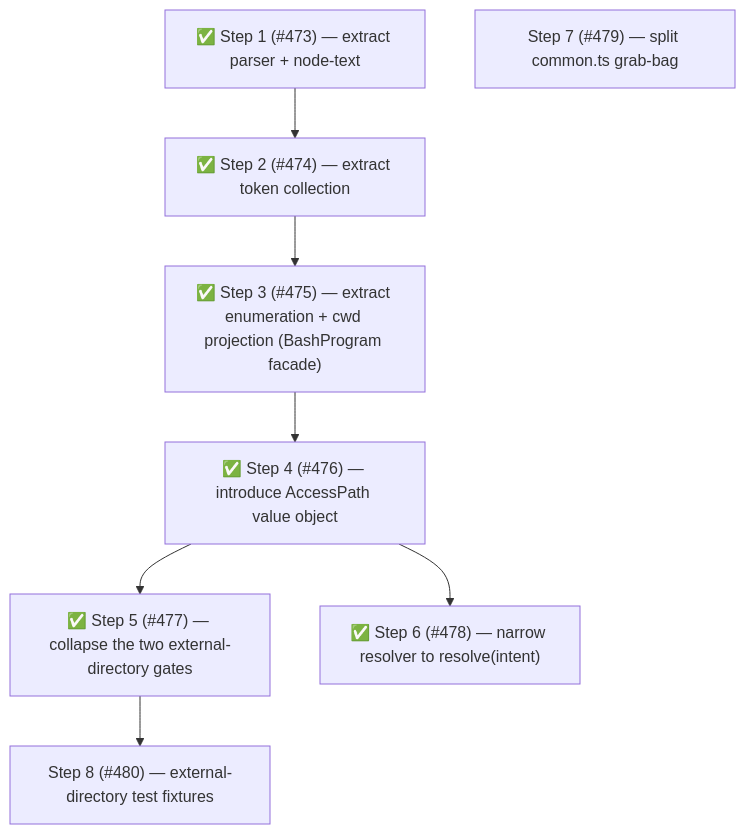
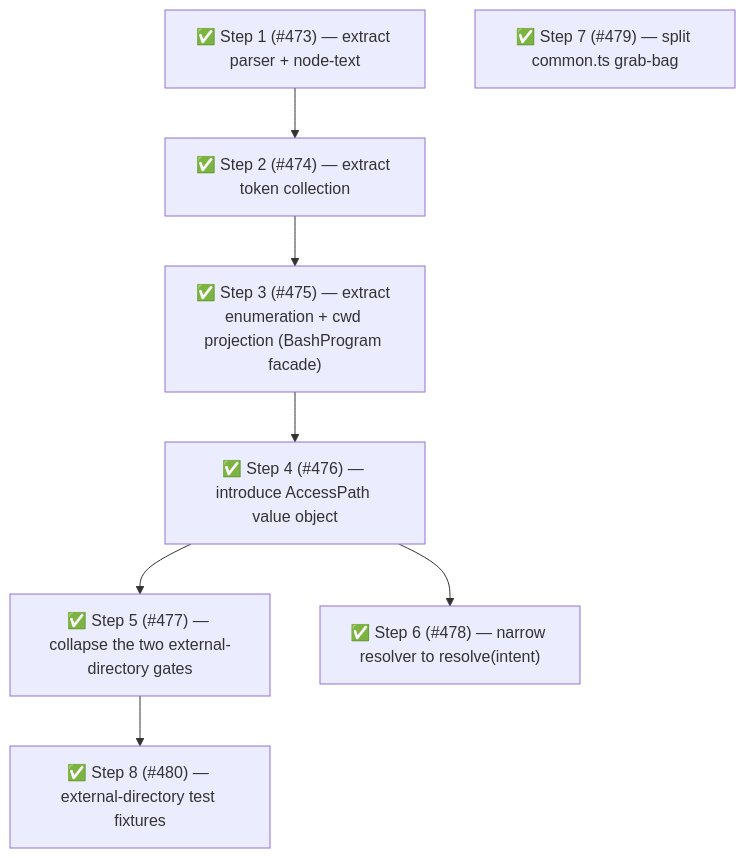
One commit to whaoa/forked-gotgenes-pi-packages changed the fourth of 4 diagrams in packages/pi-permission-system/docs/architecture/architecture.md. Above: the diagram before and after it, drawn with Mermaid. The commit also changed other lines of this file, not shown here.

Commit message:
docs(permission-system): mark Phase 6 Steps 7 and 8 complete in architecture roadmap (#480)

````diff
--- a/packages/pi-permission-system/docs/architecture/architecture.md
+++ b/packages/pi-permission-system/docs/architecture/architecture.md
@@ -897,17 +897,17 @@
 ```mermaid
 flowchart TD
     S1["✅ Step 1 (#473) — extract parser + node-text"]
     S2["✅ Step 2 (#474) — extract token collection"]
     S3["✅ Step 3 (#475) — extract enumeration + cwd projection (BashProgram facade)"]
     S4["✅ Step 4 (#476) — introduce AccessPath value object"]
     S5["✅ Step 5 (#477) — collapse the two external-directory gates"]
     S6["✅ Step 6 (#478) — narrow resolver to resolve(intent)"]
-    S7["Step 7 (#479) — split common.ts grab-bag"]
-    S8["Step 8 (#480) — external-directory test fixtures"]
+    S7["✅ Step 7 (#479) — split common.ts grab-bag"]
+    S8["✅ Step 8 (#480) — external-directory test fixtures"]
 
     S1 --> S2 --> S3
     S3 --> S4
     S4 --> S5
     S4 --> S6
     S5 --> S8
 ```
````
